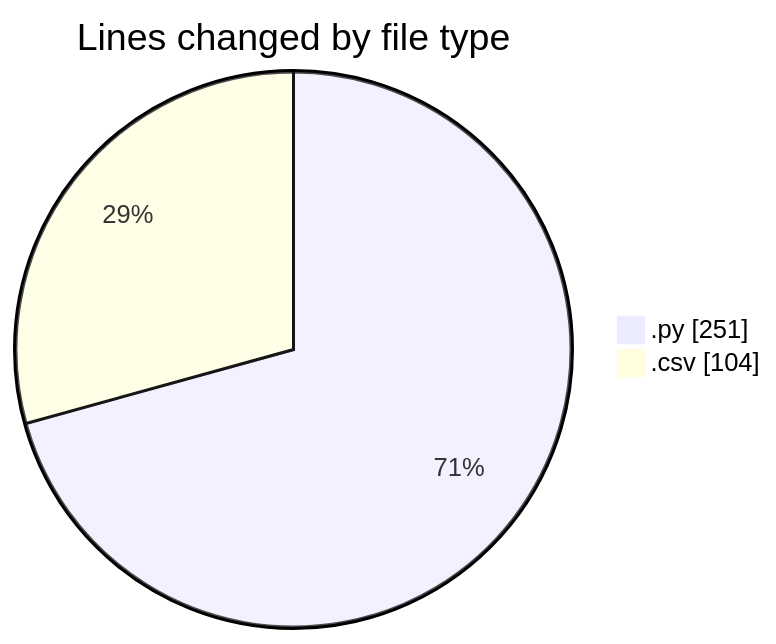
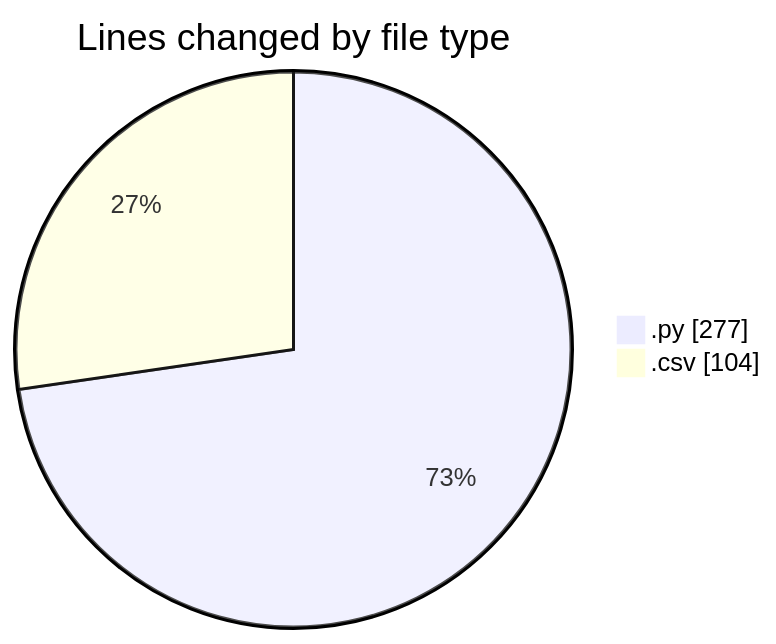
One commit to MatusMokan/code-tracking changed the first of 2 diagrams in 2025-05-04/myws__workspace_/README.md. Above: the diagram before and after it, drawn with Mermaid. The commit also changed other lines of this file and 1 other file, not shown here.

````diff
--- a/2025-05-04/myws__workspace_/README.md
+++ b/2025-05-04/myws__workspace_/README.md
@@ -21,6 +22,6 @@
 ```mermaid
 pie showData
 title Lines changed by file type
-".py" : 251
+".py" : 277
 ".csv" : 104
 ```
````
